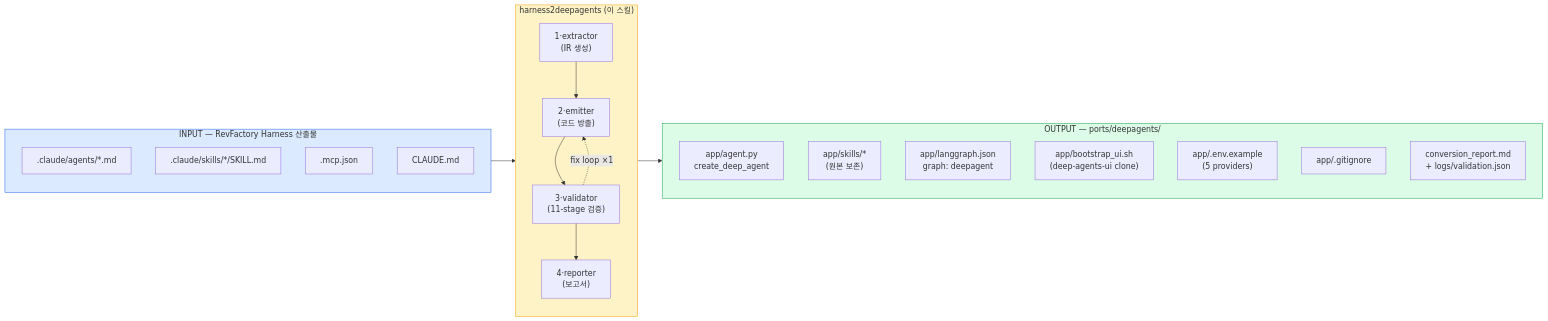
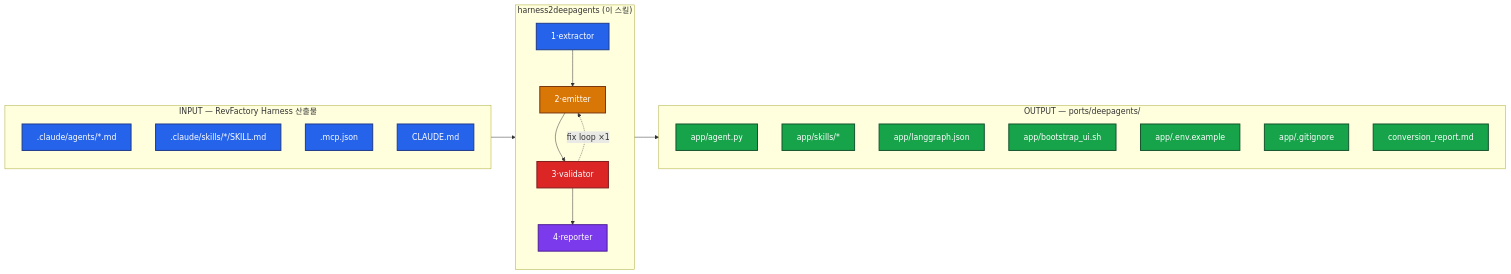
Before and after one commit to tykimos/harness2deepagents: the first of 10 diagrams in .claude/skills/harness2deepagents/README.md, drawn with Mermaid. The commit also changed other lines of this file and 1 other file, not shown here.

First line of the commit message:
fix(readme): theme-safe mermaid styling for dark + light modes

````diff
--- a/.claude/skills/harness2deepagents/README.md
+++ b/.claude/skills/harness2deepagents/README.md
@@ -17,35 +19,37 @@
 ```mermaid
 flowchart LR
+    classDef inp fill:#2563eb,color:#fff,stroke:#1e3a8a,stroke-width:2px
+    classDef proc fill:#d97706,color:#fff,stroke:#78350f,stroke-width:2px
+    classDef val fill:#dc2626,color:#fff,stroke:#7f1d1d,stroke-width:2px
+    classDef out fill:#16a34a,color:#fff,stroke:#14532d,stroke-width:2px
+    classDef rep fill:#7c3aed,color:#fff,stroke:#4c1d95,stroke-width:2px
+
     subgraph SRC["INPUT — RevFactory Harness 산출물"]
-        A1[".claude/agents/*.md"]
-        A2[".claude/skills/*/SKILL.md"]
-        A3[".mcp.json"]
-        A4["CLAUDE.md"]
+        A1[".claude/agents/*.md"]:::inp
+        A2[".claude/skills/*/SKILL.md"]:::inp
+        A3[".mcp.json"]:::inp
+        A4["CLAUDE.md"]:::inp
     end
 
     subgraph H2D["harness2deepagents (이 스킬)"]
         direction TB
-        E1["1·extractor<br/>(IR 생성)"]
-        E2["2·emitter<br/>(코드 방출)"]
-        E3["3·validator<br/>(11-stage 검증)"]
-        E4["4·reporter<br/>(보고서)"]
+        E1["1·extractor"]:::inp
+        E2["2·emitter"]:::proc
+        E3["3·validator"]:::val
+        E4["4·reporter"]:::rep
         E1 --> E2 --> E3 --> E4
         E3 -. "fix loop ×1" .-> E2
     end
 
     subgraph OUT["OUTPUT — ports/deepagents/"]
-        O1["app/agent.py<br/>create_deep_agent"]
-        O2["app/skills/*<br/>(원본 보존)"]
-        O3["app/langgraph.json<br/>graph: deepagent"]
-        O4["app/bootstrap_ui.sh<br/>(deep-agents-ui clone)"]
-        O5["app/.env.example<br/>(5 providers)"]
-        O6["app/.gitignore"]
-        O7["conversion_report.md<br/>+ logs/validation.json"]
+        O1["app/agent.py"]:::out
+        O2["app/skills/*"]:::out
+        O3["app/langgraph.json"]:::out
+        O4["app/bootstrap_ui.sh"]:::out
+        O5["app/.env.example"]:::out
+        O6["app/.gitignore"]:::out
+        O7["conversion_report.md"]:::out
     end
 
     SRC --> H2D --> OUT
-
-    style H2D fill:#fef3c7,stroke:#f59e0b
-    style OUT fill:#dcfce7,stroke:#16a34a
-    style SRC fill:#dbeafe,stroke:#2563eb
 ```
````
